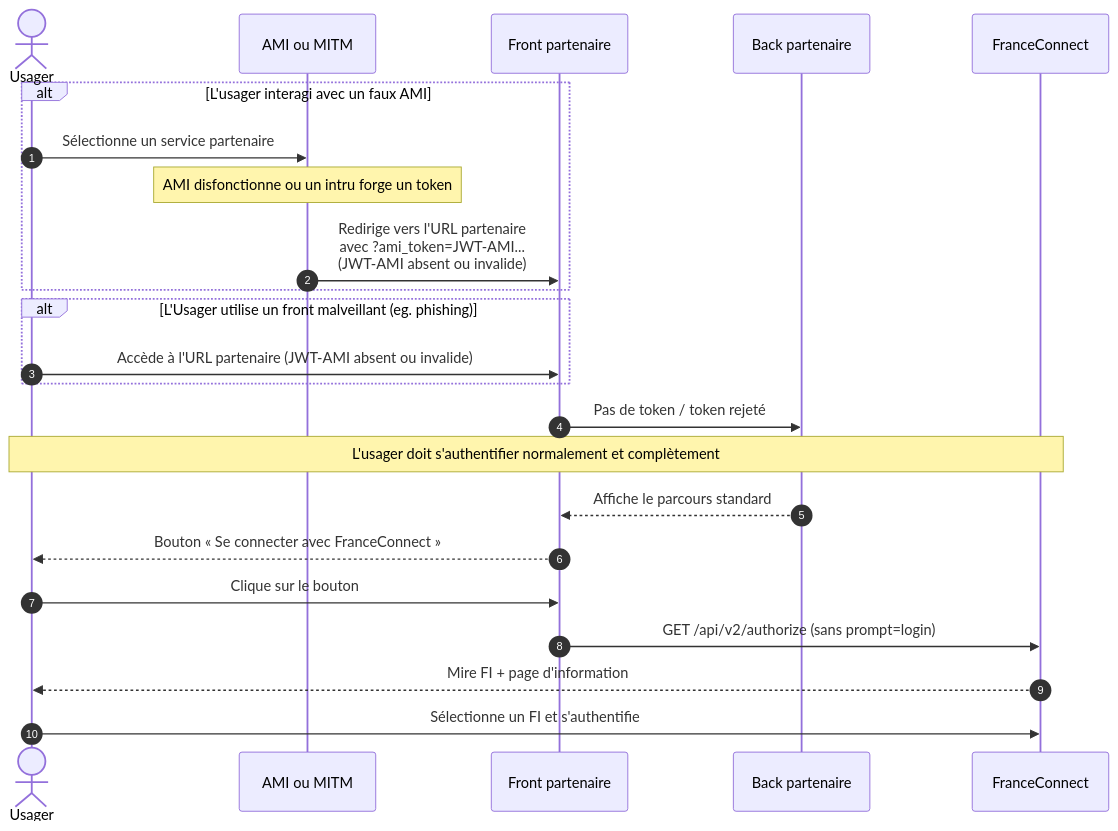
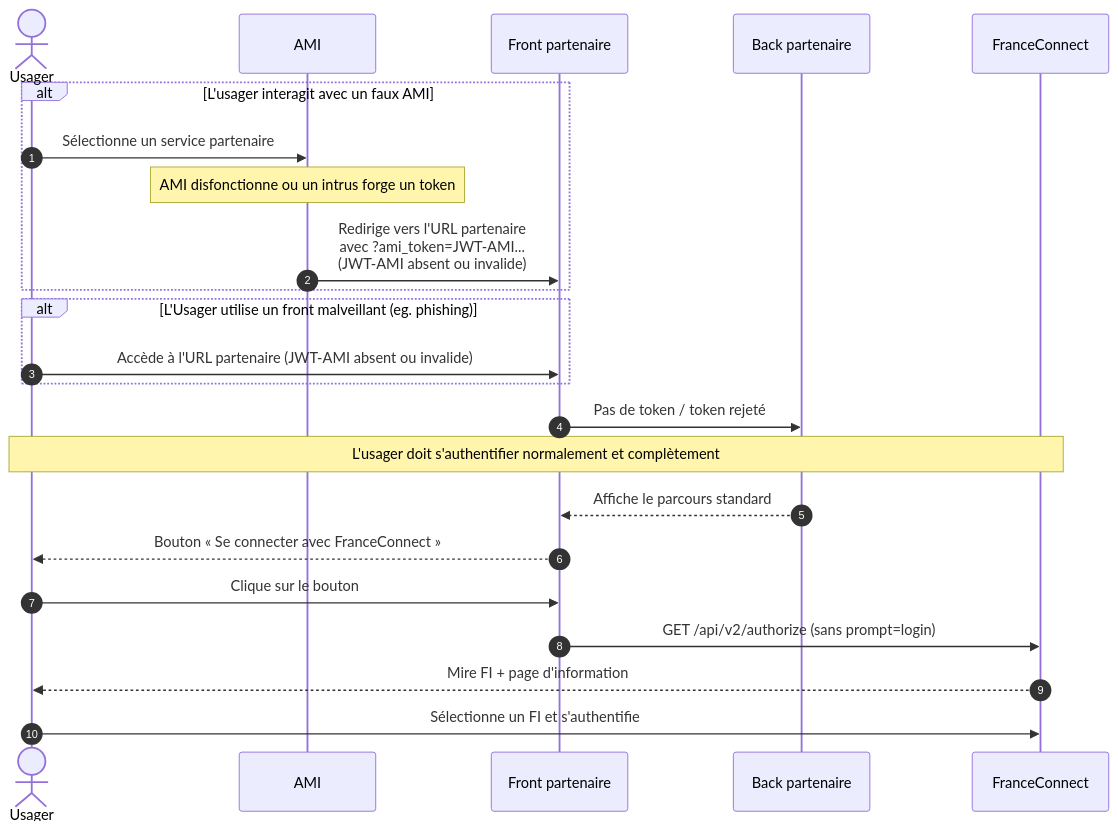
The second of 2 diagrams in site/content/fr/intégrations_partenaires/france-connexion-direct.md (numerique-gouv/ami-system-tests), drawn with Mermaid before and after one commit. The commit also changed other lines of this file, not shown here.

Commit message:
relecture avec Edouard du ddevEx pour la FCD

````diff
--- a/site/content/fr/intégrations_partenaires/france-connexion-direct.md
+++ b/site/content/fr/intégrations_partenaires/france-connexion-direct.md
@@ -141,29 +141,29 @@
 ```mermaid
 sequenceDiagram
 	autonumber
 	actor U as Usager
-	participant AMI as AMI ou MITM
+	participant AMI as AMI
 	participant PFront as Front partenaire
 	participant PBack as Back partenaire
 	participant FC as FranceConnect
 
-	alt L'usager interagi avec un faux AMI
+	alt L'usager interagit avec un faux AMI
 		U->>AMI: Sélectionne un service partenaire
-		Note over AMI: AMI disfonctionne ou un intru forge un token
+		Note over AMI: AMI disfonctionne ou un intrus forge un token
 		AMI->>PFront: Redirige vers l'URL partenaire<br/> avec ?ami_token=JWT-AMI...<br/>(JWT-AMI absent ou invalide)
 	end
 
 	alt L'Usager utilise un front malveillant (eg. phishing)
 		U->>PFront: Accède à l'URL partenaire (JWT-AMI absent ou invalide)
 	end
 
 	PFront->>PBack: Pas de token / token rejeté
 	Note over U,FC: L'usager doit s'authentifier normalement et complètement
 	PBack-->>PFront: Affiche le parcours standard
 	PFront-->>U: Bouton « Se connecter avec FranceConnect »
 	U->>PFront: Clique sur le bouton
 
 	PFront->>FC: GET /api/v2/authorize (sans prompt=login)
     FC-->>U: Mire FI + page d'information
     U->>FC: Sélectionne un FI et s'authentifie
 ```
````
